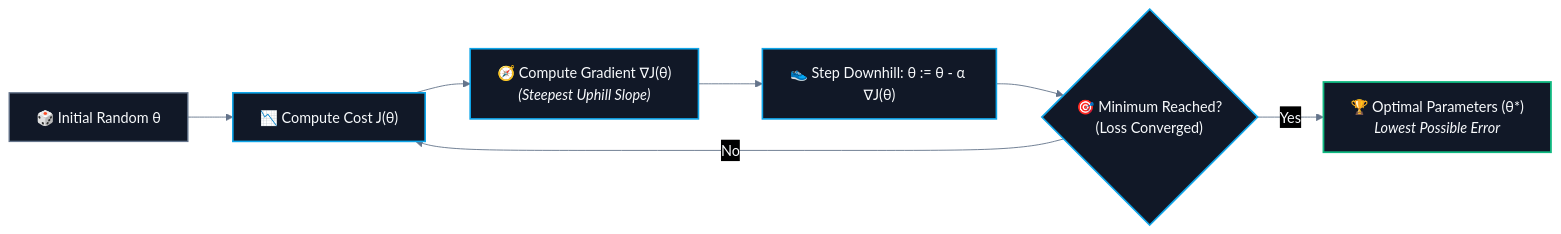
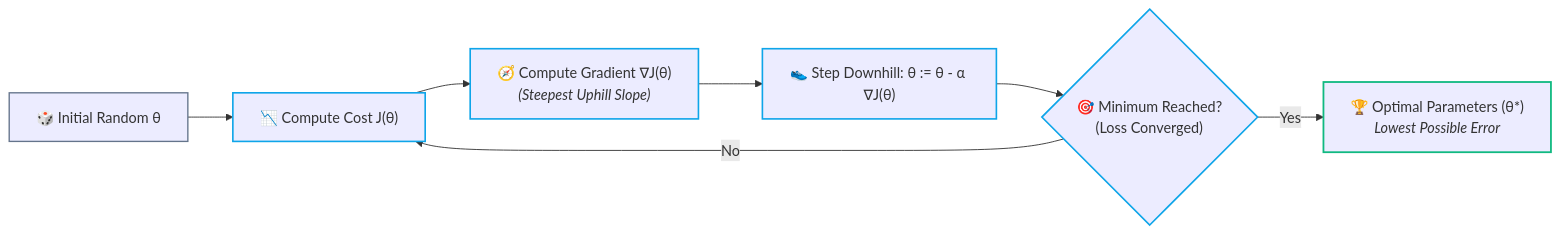
One commit to abhinavbharti2345/CS_Notes changed the first of 3 diagrams in CS/AI & ML/01. Classical ML/08. Gradient Descent and Cost Functions.md. Above: the diagram before and after it, drawn with Mermaid. The commit also changed other lines of this file and 91 other files, not shown here.

````diff
--- a/CS/AI & ML/01. Classical ML/08. Gradient Descent and Cost Functions.md
+++ b/CS/AI & ML/01. Classical ML/08. Gradient Descent and Cost Functions.md
@@ -40,18 +40,17 @@
 ```mermaid
-%%{init: {'theme': 'base', 'themeVariables': { 'darkMode': true, 'background': '#0B0F14', 'mainBkg': '#111827', 'primaryColor': '#111827', 'primaryTextColor': '#F8FAFC', 'primaryBorderColor': '#38BDF8', 'lineColor': '#64748B', 'secondaryColor': '#0B0F14', 'tertiaryColor': '#0B0F14', 'clusterBkg': '#0B0F14', 'clusterBorder': '#38BDF8' }}}%%
 flowchart LR
     Init["🎲 Initial Random θ"] --> Cost["📉 Compute Cost J(θ)"]
     Cost --> Grad["🧭 Compute Gradient ∇J(θ)<br/><i>(Steepest Uphill Slope)</i>"]
     Grad --> Step["👟 Step Downhill: θ := θ - α ∇J(θ)"]
     Step --> Check{"🎯 Minimum Reached?<br/>(Loss Converged)"}
     Check -- No --> Cost
     Check -- Yes --> Optimal["🏆 Optimal Parameters (θ*)<br/><i>Lowest Possible Error</i>"]
 
-    classDef init fill:#111827,stroke:#64748b,stroke-width:1.5px,color:#F8FAFC;
-    classDef step fill:#111827,stroke:#0ea5e9,stroke-width:1.8px,color:#F8FAFC;
-    classDef opt fill:#111827,stroke:#10b981,stroke-width:2px,color:#F8FAFC;
+    classDef init stroke:#64748b,stroke-width:1.5px;
+    classDef step stroke:#0ea5e9,stroke-width:1.8px;
+    classDef opt stroke:#10b981,stroke-width:2px;
 
     class Init init;
     class Cost,Grad,Step,Check step;
     class Optimal opt;
 ```
````
